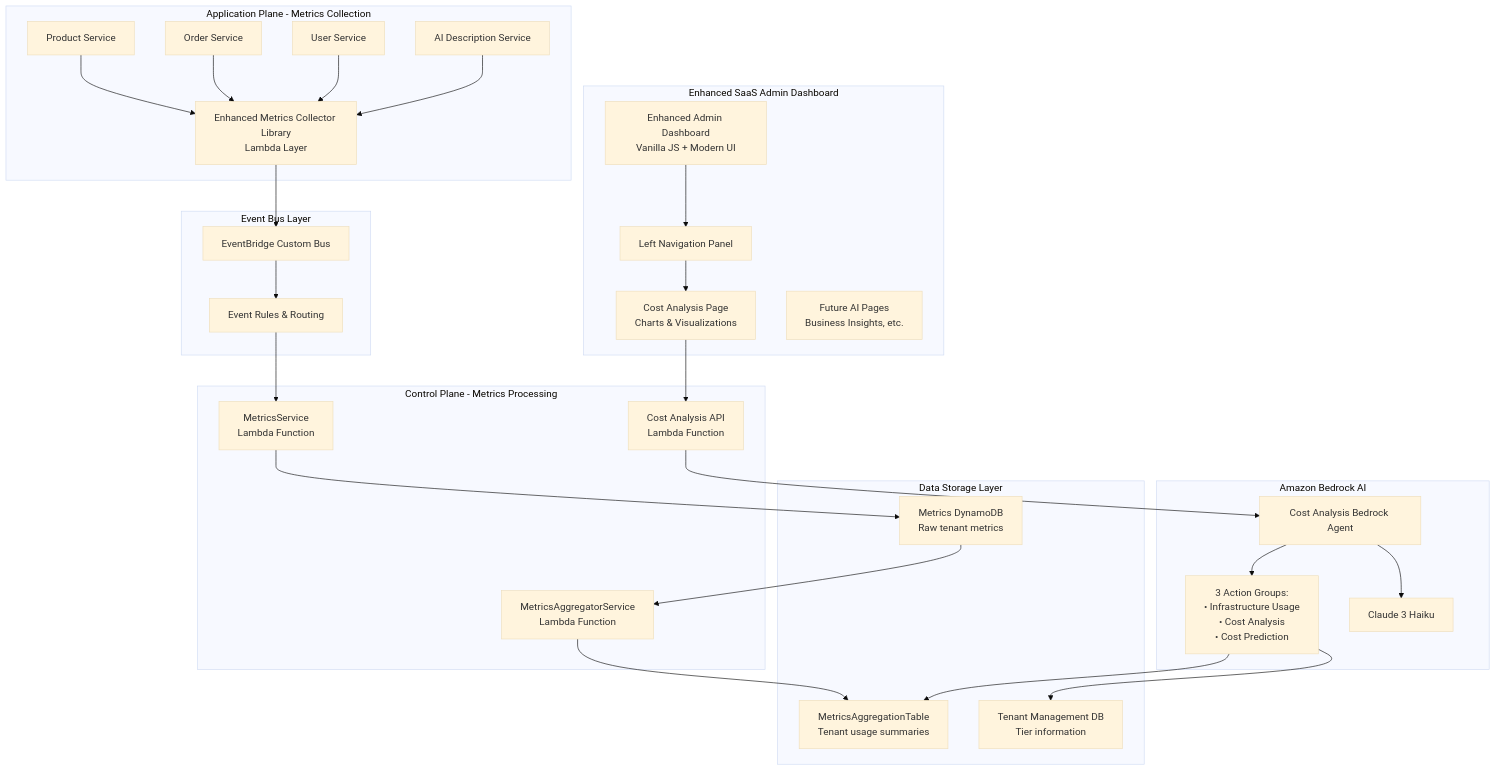
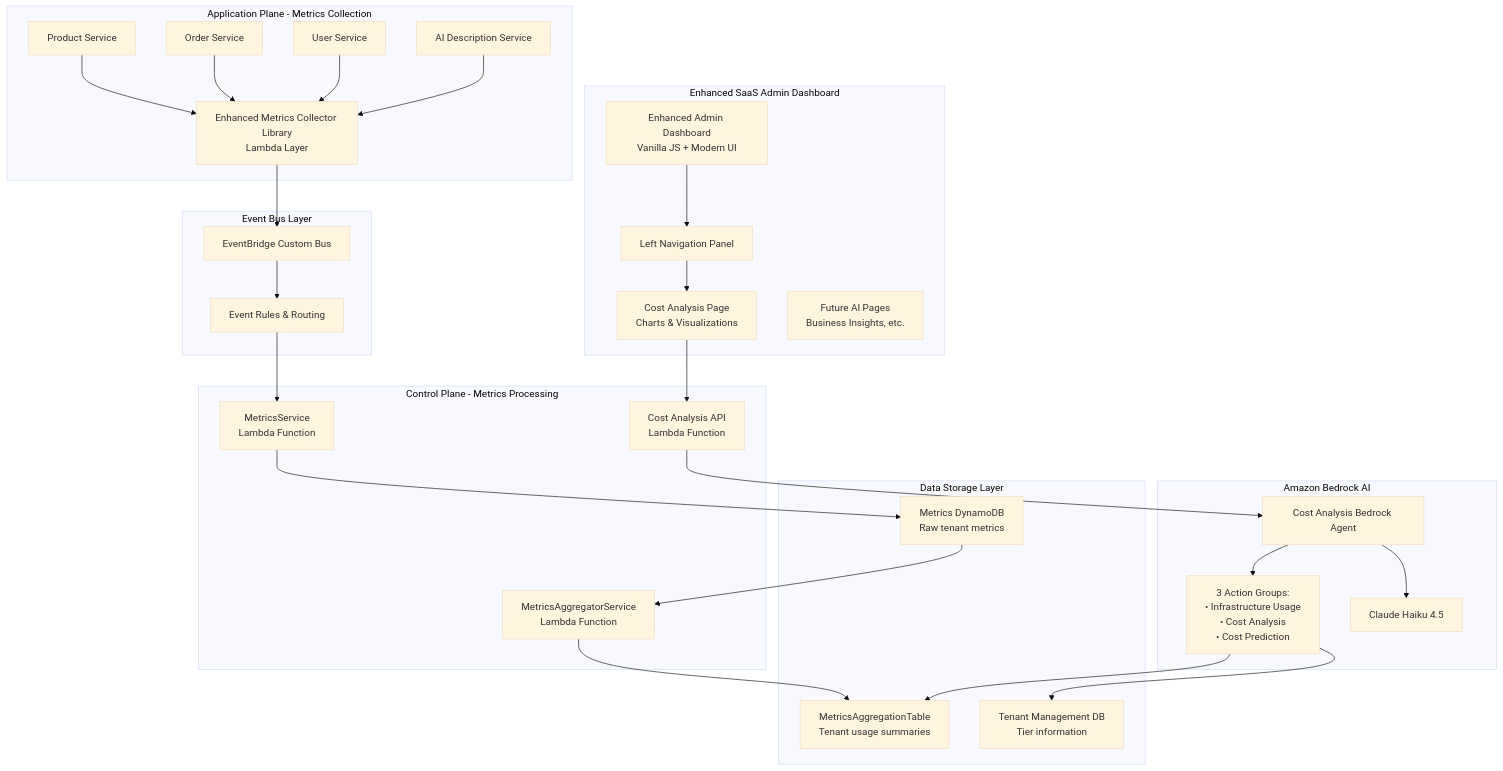
One commit to aws-samples/sample-saas-agentic-insights changed the first of 2 diagrams in .kiro/specs/agentic-insights-saas/metering-framework-with-ai-cost-analysis/design.md. Above: the diagram before and after it, drawn with Mermaid (base theme). The commit also changed other lines of this file and 16 other files, not shown here.

````diff
--- a/.kiro/specs/agentic-insights-saas/metering-framework-with-ai-cost-analysis/design.md
+++ b/.kiro/specs/agentic-insights-saas/metering-framework-with-ai-cost-analysis/design.md
@@ -11,64 +11,64 @@
 ```mermaid
 graph TB
     subgraph "Application Plane - Metrics Collection"
         PROD[Product Service]
         ORDER[Order Service]
         USER[User Service]
         AI_DESC[AI Description Service]
         METRICS_LIB[Enhanced Metrics Collector Library<br/>Lambda Layer]
     end
     
     subgraph "Event Bus Layer"
         EB[EventBridge Custom Bus]
         RULES[Event Rules & Routing]
     end
     
     subgraph "Control Plane - Metrics Processing"
         METRICS_SVC[MetricsService<br/>Lambda Function]
         METRICS_AGG[MetricsAggregatorService<br/>Lambda Function]
         COST_API[Cost Analysis API<br/>Lambda Function]
     end
     
     subgraph "Amazon Bedrock AI"
         BEDROCK_AGENT[Cost Analysis Bedrock Agent]
         ACTION_GROUPS[3 Action Groups:<br/>• Infrastructure Usage<br/>• Cost Analysis<br/>• Cost Prediction]
-        CLAUDE_HAIKU[Claude 3 Haiku]
+        CLAUDE_HAIKU[Claude Haiku 4.5]
     end
     
     subgraph "Data Storage Layer"
         METRICS_DB[Metrics DynamoDB<br/>Raw tenant metrics]
         METRICS_AGG_DB[MetricsAggregationTable<br/>Tenant usage summaries]
         TENANT_DB[Tenant Management DB<br/>Tier information]
     end
     
     subgraph "Enhanced SaaS Admin Dashboard"
         ADMIN_DASH[Enhanced Admin Dashboard<br/>Vanilla JS + Modern UI]
         NAV[Left Navigation Panel]
         COST_PAGE[Cost Analysis Page<br/>Charts & Visualizations]
         FUTURE_PAGES[Future AI Pages<br/>Business Insights, etc.]
     end
     
     PROD --> METRICS_LIB
     ORDER --> METRICS_LIB
     USER --> METRICS_LIB
     AI_DESC --> METRICS_LIB
     
     METRICS_LIB --> EB
     EB --> RULES
     RULES --> METRICS_SVC
     
     METRICS_SVC --> METRICS_DB
     METRICS_DB --> METRICS_AGG
     METRICS_AGG --> METRICS_AGG_DB
     
     ADMIN_DASH --> NAV
     NAV --> COST_PAGE
     COST_PAGE --> COST_API
     
     COST_API --> BEDROCK_AGENT
     BEDROCK_AGENT --> ACTION_GROUPS
     ACTION_GROUPS --> METRICS_AGG_DB
     ACTION_GROUPS --> TENANT_DB
     
     BEDROCK_AGENT --> CLAUDE_HAIKU
 ```
````
